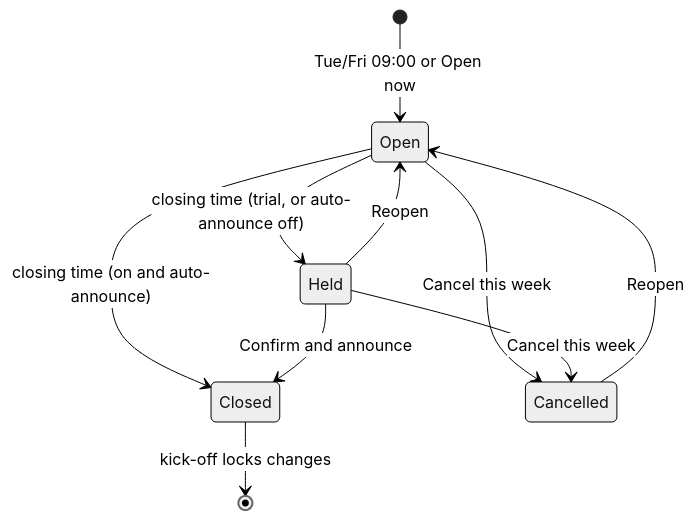
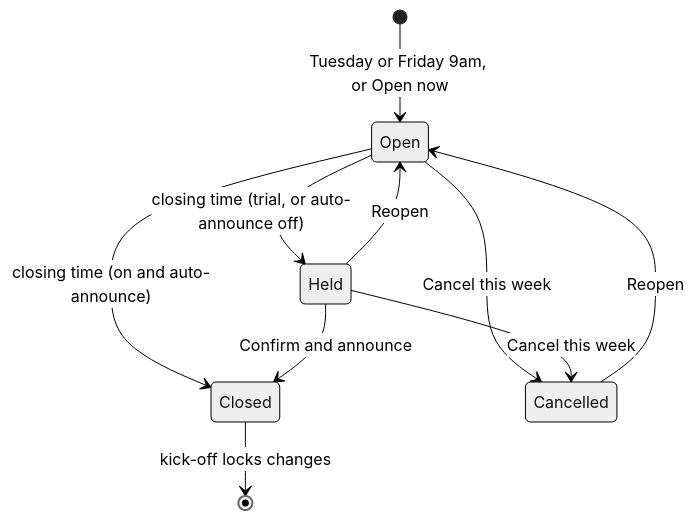
Before and after one commit to nealpatel87np/FootballApp: the ninth of 10 diagrams in docs/SOLUTION_DESIGN.md, drawn with Mermaid (neutral theme). The commit also changed other lines of this file, not shown here.

````diff
--- a/docs/SOLUTION_DESIGN.md
+++ b/docs/SOLUTION_DESIGN.md
@@ -593,12 +632,12 @@
 ```mermaid
 stateDiagram-v2
-  [*] --> Open: Tue/Fri 09:00 or Open now
+  [*] --> Open: Tuesday or Friday 9am, or Open now
   Open --> Held: closing time (trial, or auto-announce off)
   Open --> Closed: closing time (on and auto-announce)
   Held --> Closed: Confirm and announce
   Held --> Open: Reopen
   Open --> Cancelled: Cancel this week
   Held --> Cancelled: Cancel this week
   Cancelled --> Open: Reopen
   Closed --> [*]: kick-off locks changes
 ```
````
